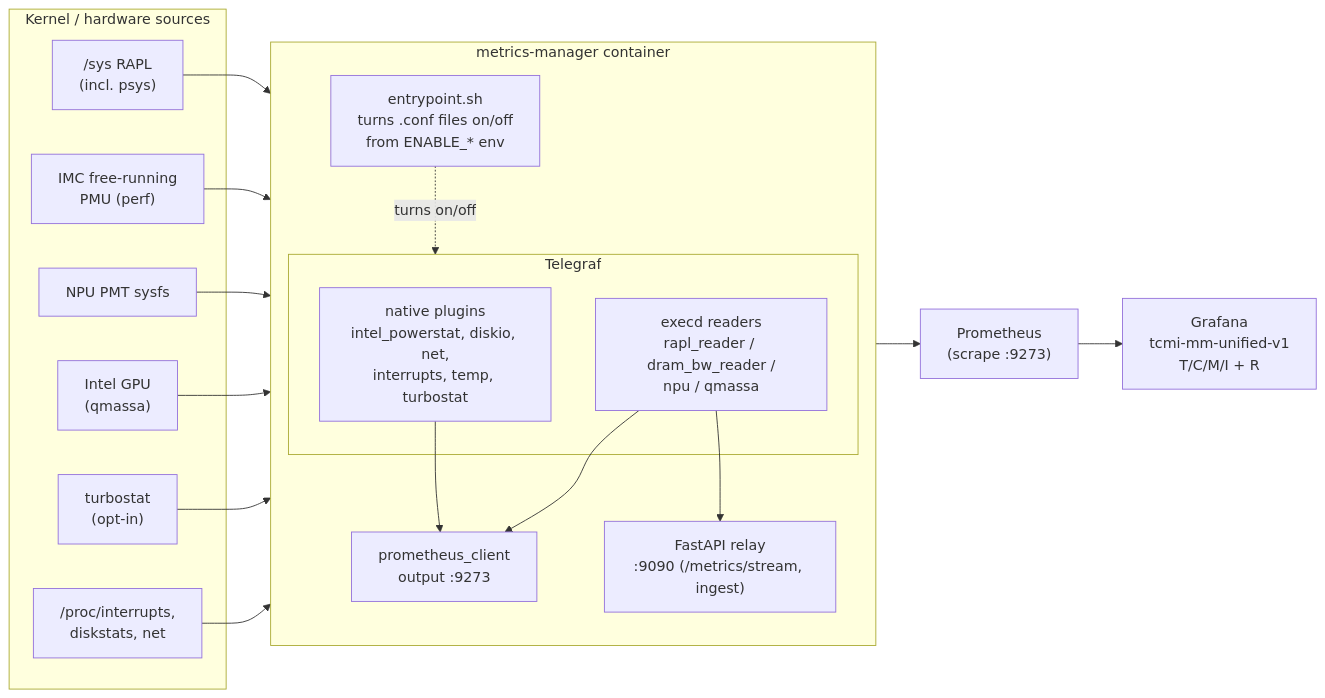
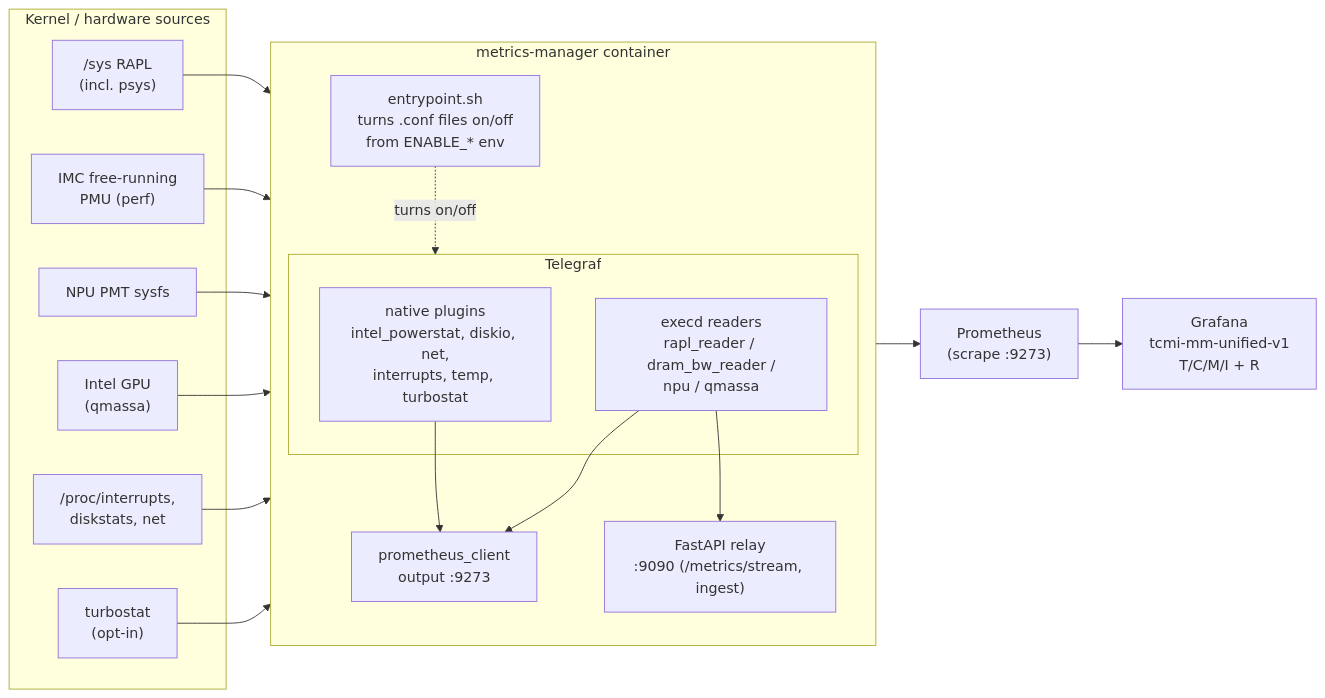
Before and after one commit to open-edge-platform/edge-ai-libraries: the first of 2 diagrams in microservices/metrics-manager/docs/architecture-tcmi-integration.md, drawn with Mermaid. The commit also changed 2 other files, not shown here.

Commit message:
metrics-manager: run on host network namespace for accurate host NIC telemetry
net/ethtool on a bridge network only see the container's eth0, not the
host's physical NICs. ethtool cannot be redirected via HOST_PROC, so use
network_mode: host; ports 9090/9273/8186 publish directly on the host.
Also fix architecture diagram: turbostat uses the native plugin, not execd.

````diff
--- a/microservices/metrics-manager/docs/architecture-tcmi-integration.md
+++ b/microservices/metrics-manager/docs/architecture-tcmi-integration.md
@@ -18,32 +18,33 @@
 ```mermaid
 flowchart LR
   subgraph HW["Kernel / hardware sources"]
     RAPL["/sys RAPL\n(incl. psys)"]
     IMC["IMC free-running\nPMU (perf)"]
     PROC["/proc/interrupts,\ndiskstats, net"]
     PMT["NPU PMT sysfs"]
     DRM["Intel GPU\n(qmassa)"]
     TS["turbostat\n(opt-in)"]
   end
 
   subgraph MM["metrics-manager container"]
     direction TB
     subgraph COLL["Telegraf"]
       NATIVE["native plugins\nintel_powerstat, diskio, net,\ninterrupts, temp, turbostat"]
       EXECD["execd readers\nrapl_reader / dram_bw_reader /\nnpu / qmassa"]
     end
     ENV["entrypoint.sh\nturns .conf files on/off\nfrom ENABLE_* env"]
     PROMCLI["prometheus_client\noutput :9273"]
     API["FastAPI relay\n:9090 (/metrics/stream, ingest)"]
   end
 
   PROM["Prometheus\n(scrape :9273)"]
   GRAF["Grafana\ntcmi-mm-unified-v1\nT/C/M/I + R"]
 
-  RAPL & IMC & PMT & DRM & TS --> EXECD
+  RAPL & IMC & PMT & DRM --> EXECD
   PROC --> NATIVE
+  TS --> NATIVE
   ENV -.turns on/off.-> COLL
   NATIVE & EXECD --> PROMCLI
   EXECD --> API
   PROMCLI --> PROM --> GRAF
 ```
````
